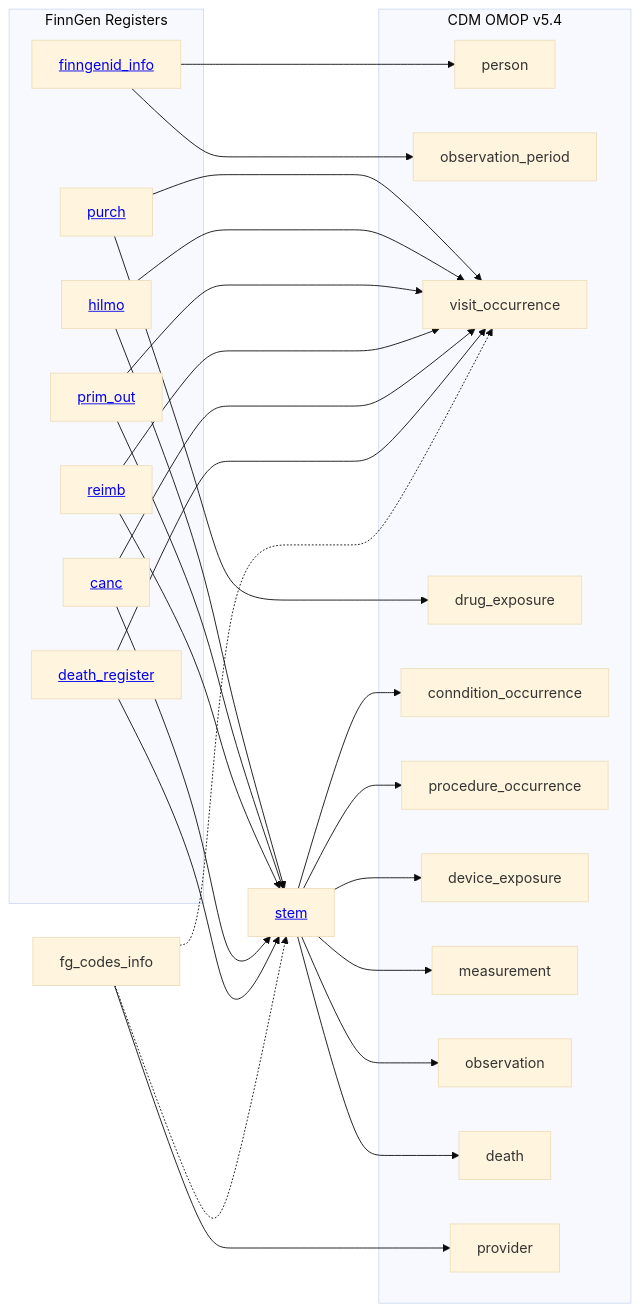
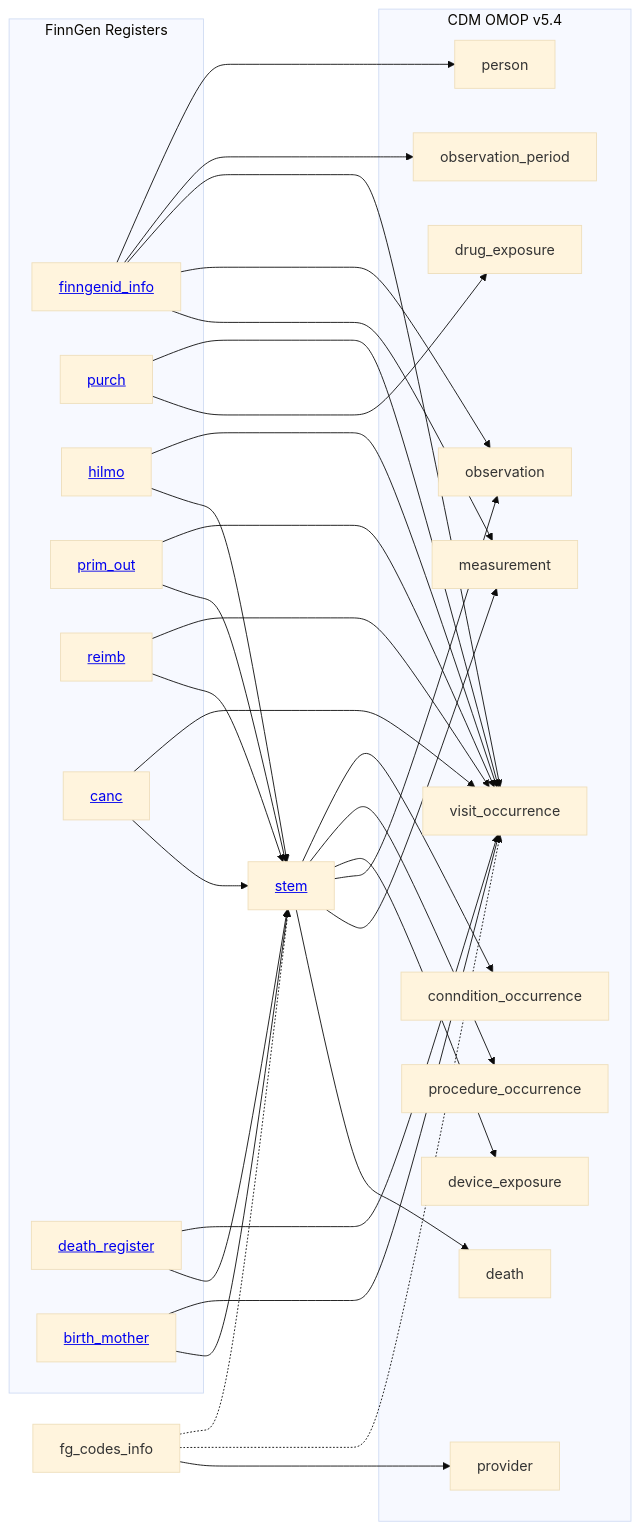
The diagram in docs/home.md (FINNGEN/ETL), drawn with Mermaid before and after one commit. The commit also changed other lines of this file and 11 other files, not shown here.

Commit message:
Documentation added for birth_mother and updated for finngenid_info table.

````diff
--- a/docs/home.md
+++ b/docs/home.md
@@ -21,63 +21,70 @@
 ```mermaid
 %%{init: {'theme': 'base' } }%%
 flowchart LR
     subgraph FinnGen Registers
         finngenid_info[<a href='finngenid_info.html'>finngenid_info</a>]
         purch[<a href='purch.html'>purch</a>]
         hilmo[<a href='hilmo.html'>hilmo</a>]
         prim_out[<a href='prim_out.html'>prim_out</a>]
         reimb[<a href='reimb.html'>reimb</a>]
         canc[<a href='canc.html'>canc</a>]
         death_register[<a href='death_register.html'>death_register</a>]
+        birth_mother[<a href='birth_mother.html'>birth_mother</a>]
     end
 
     stem[<a href='stem.html'>stem</a>]
 
     subgraph CDM OMOP v5.4
         person
         observation_period
         visit_occurrence
         drug_exposure
         conndition_occurrence
         procedure_occurrence
         device_exposure
         measurement
         observation
         death
         provider
     end
 
 
-    finngenid_info-->person
-    finngenid_info-->observation_period
+    finngenid_info --> person
+    finngenid_info --> observation_period
+    finngenid_info --> visit_occurrence
 
     purch --> visit_occurrence
     purch --> drug_exposure
 
     hilmo --> visit_occurrence
     hilmo --> stem
 
     prim_out --> visit_occurrence
     prim_out --> stem
 
     reimb --> visit_occurrence
     reimb --> stem
 
     canc --> visit_occurrence
     canc --> stem
 
     death_register --> visit_occurrence
     death_register --> stem
 
+    birth_mother --> visit_occurrence
+    birth_mother --> stem
+
     stem --> conndition_occurrence 
     stem --> procedure_occurrence
     stem --> device_exposure
     stem --> observation
+    finngenid_info --> observation
     stem --> measurement
+    finngenid_info --> measurement
     stem --> death
 
     fg_codes_info -.-> stem 
     fg_codes_info -.-> visit_occurrence 
     fg_codes_info -->provider
     
 ```
````
